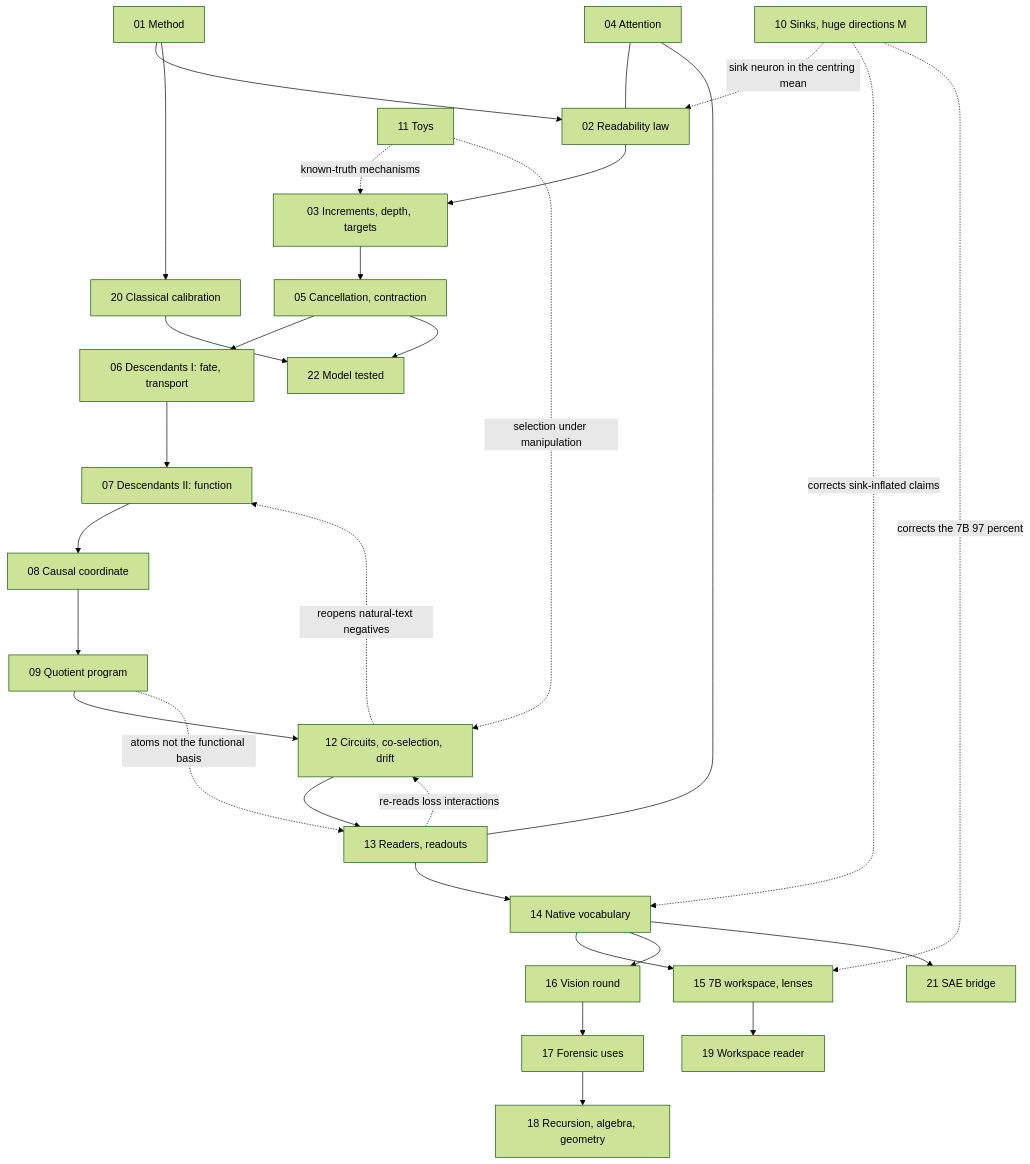
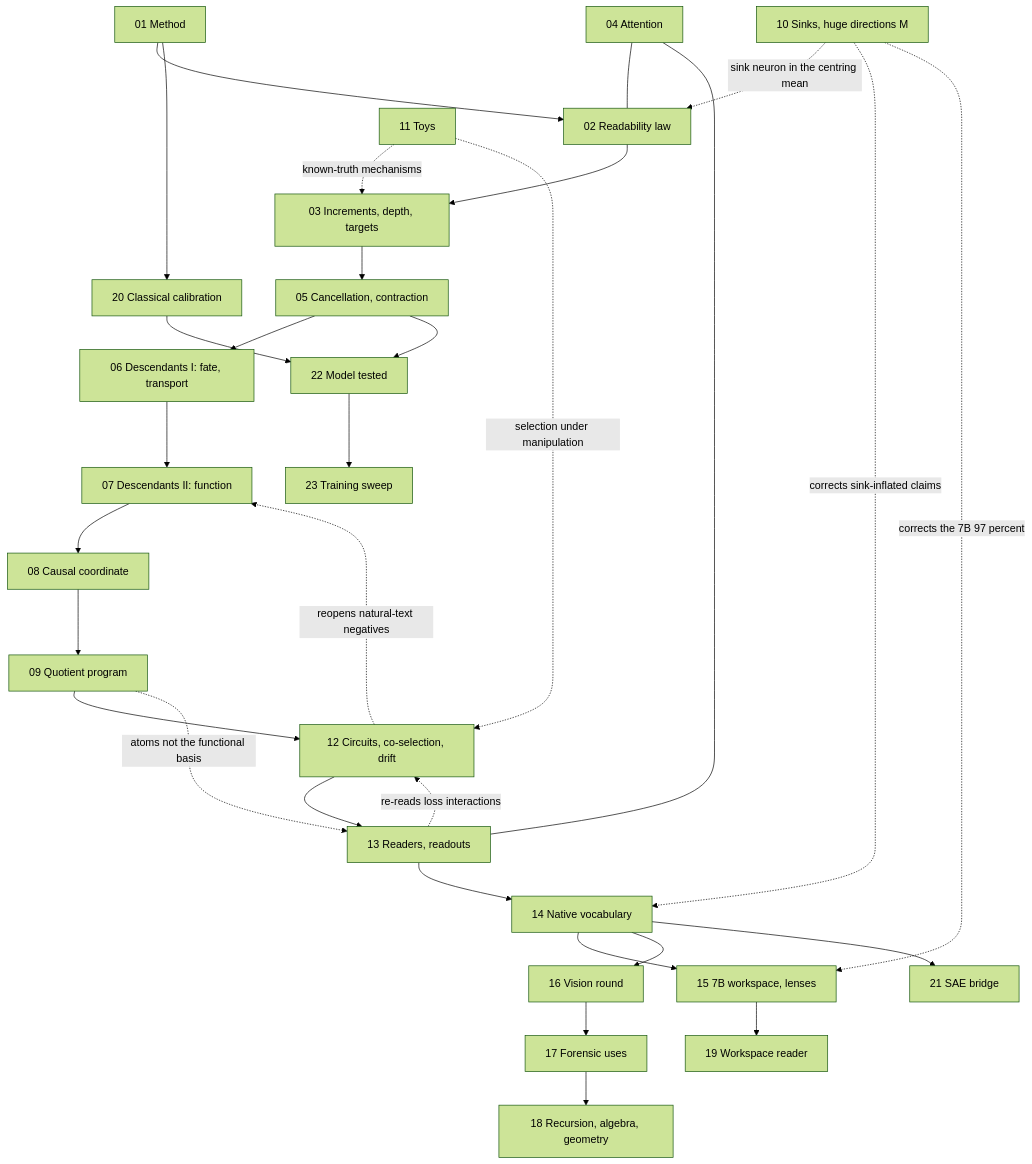
Before and after one commit to sunmoonron/wdd-descendants: the diagram in docs/ATLAS.md, drawn with Mermaid (forest theme). The commit also changed other lines of this file and 37 other files, not shown here.

````diff
--- a/docs/ATLAS.md
+++ b/docs/ATLAS.md
@@ -73,32 +74,33 @@
 ```mermaid
 flowchart TD
   A01["01 Method"] --> A02["02 Readability law"]
   A02 --> A03["03 Increments, depth, targets"]
   A03 --> A05["05 Cancellation, contraction"]
   A05 --> A06["06 Descendants I: fate, transport"]
   A06 --> A07["07 Descendants II: function"]
   A07 --> A08["08 Causal coordinate"]
   A08 --> A09["09 Quotient program"]
   A09 --> A12["12 Circuits, co-selection, drift"]
   A12 --> A13["13 Readers, readouts"]
   A13 --> A14["14 Native vocabulary"]
   A14 --> A15["15 7B workspace, lenses"]
   A14 --> A16["16 Vision round"]
   A16 --> A17["17 Forensic uses"]
   A17 --> A18["18 Recursion, algebra, geometry"]
   A15 --> A19["19 Workspace reader"]
   A01 --> A20["20 Classical calibration"]
   A14 --> A21["21 SAE bridge"]
   A20 --> A22["22 Model tested"]
+  A22 --> A23["23 Training sweep"]
   A05 --> A22
   A04["04 Attention"] --- A02
   A04 --- A13
   A10["10 Sinks, huge directions M"] -.->|sink neuron in the centring mean| A02
   A10 -.->|corrects sink-inflated claims| A14
   A10 -.->|corrects the 7B 97 percent| A15
   A11["11 Toys"] -.->|known-truth mechanisms| A03
   A11 -.->|selection under manipulation| A12
   A12 -.->|reopens natural-text negatives| A07
   A13 -.->|re-reads loss interactions| A12
   A09 -.->|atoms not the functional basis| A13
 ```
````
